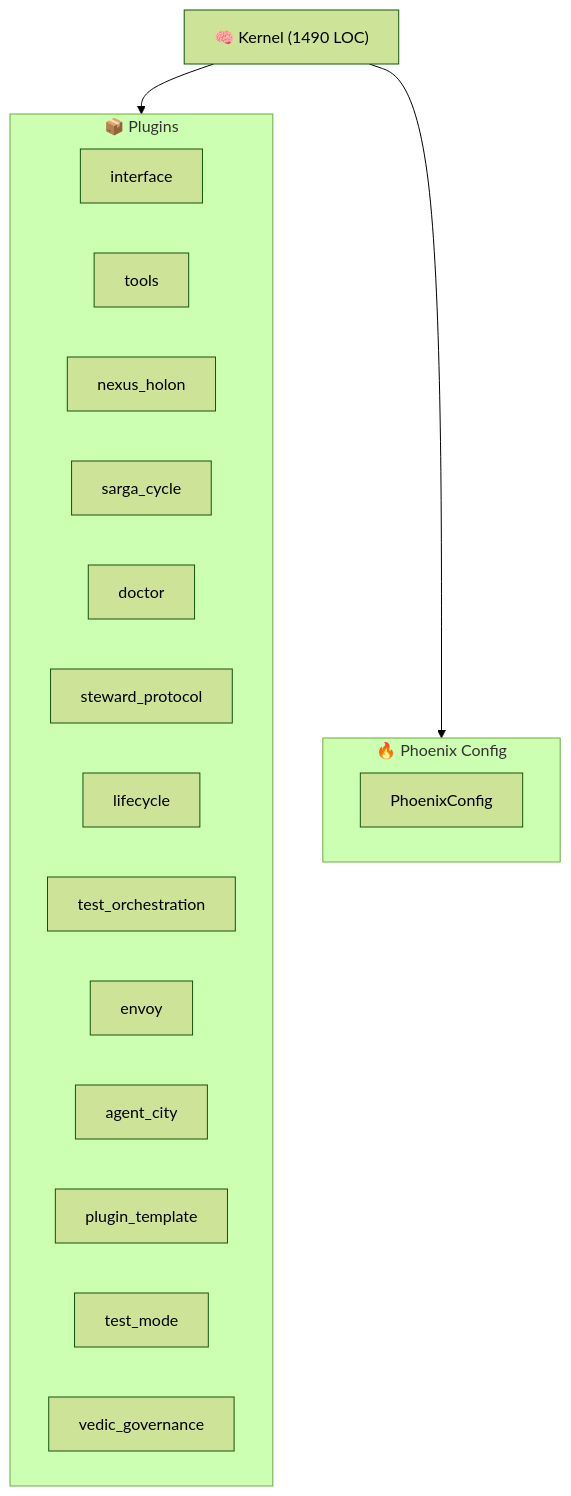
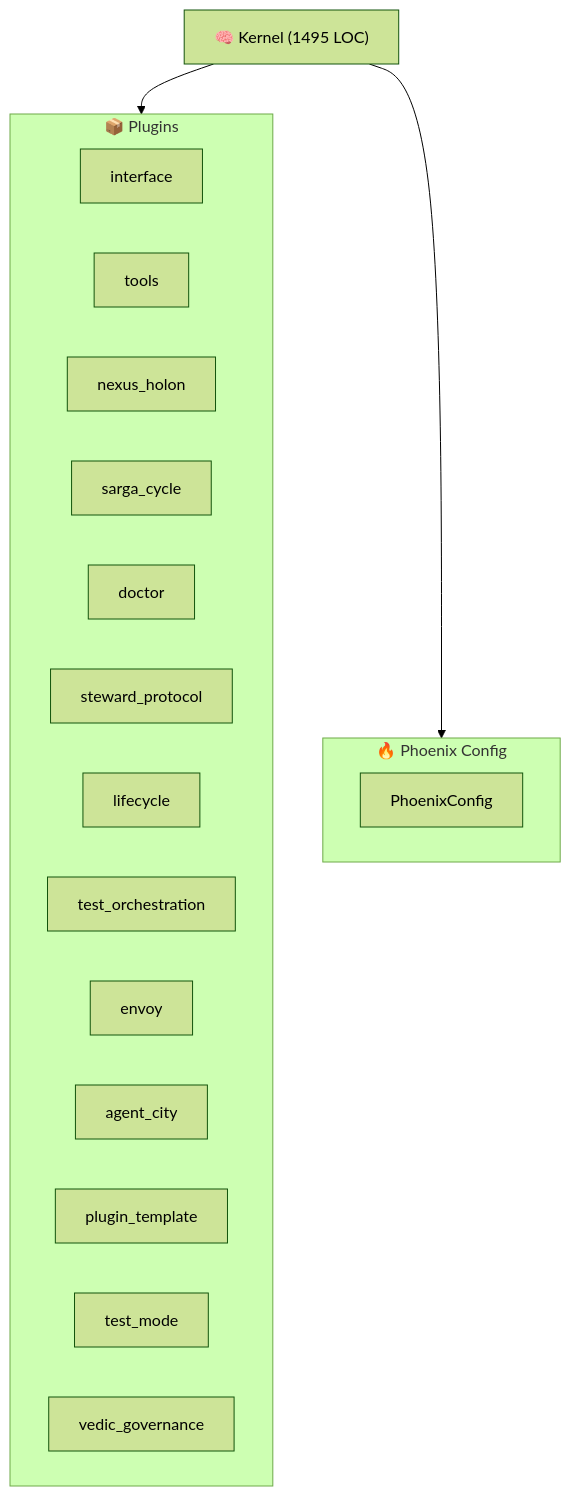
Before and after one commit to kimeisele/steward-protocol: the diagram in ARCHITECTURE.md, drawn with Mermaid (forest theme). The commit also changed other lines of this file and 15 other files, not shown here.

````diff
--- a/ARCHITECTURE.md
+++ b/ARCHITECTURE.md
@@ -8,24 +8,24 @@
 ```mermaid
 graph TB
-    K["🧠 Kernel (1490 LOC)"]
+    K["🧠 Kernel (1495 LOC)"]
     subgraph Plugins["📦 Plugins"]
         P_interface["interface"]
         P_tools["tools"]
         P_nexus_holon["nexus_holon"]
         P_sarga_cycle["sarga_cycle"]
         P_doctor["doctor"]
         P_steward_protocol["steward_protocol"]
         P_lifecycle["lifecycle"]
         P_test_orchestration["test_orchestration"]
         P_envoy["envoy"]
         P_agent_city["agent_city"]
         P_plugin_template["plugin_template"]
         P_test_mode["test_mode"]
         P_vedic_governance["vedic_governance"]
     end
     K --> Plugins
     subgraph Config["🔥 Phoenix Config"]
         PC[PhoenixConfig]
     end
     K --> Config
 ```
````
